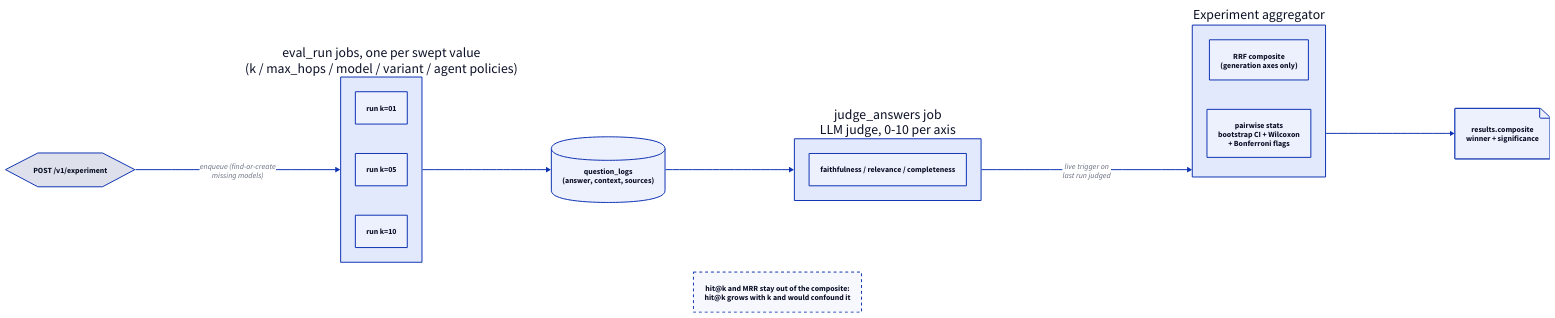
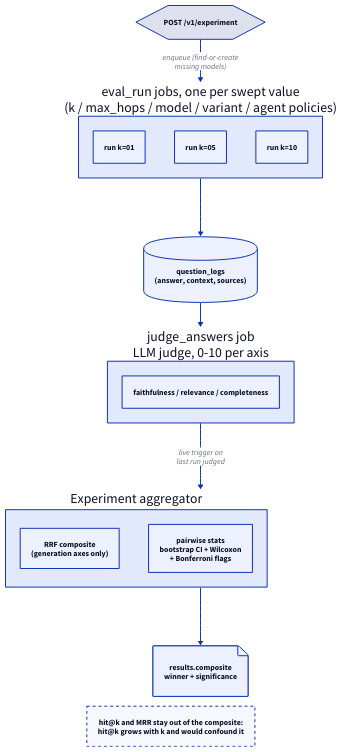
The diagram in docs/diagrams/eval_pipeline.d2 (rikitikitav1/rag-lab), drawn with D2 before and after one commit. The commit also changed 38 other files, not shown here.

```diff
--- a/docs/diagrams/eval_pipeline.d2
+++ b/docs/diagrams/eval_pipeline.d2
@@ -1,39 +1,41 @@
-direction: right
+direction: down
 
 exp: POST /v1/experiment {
   shape: hexagon
 }
 
 runs: "eval_run jobs, one per swept value\n(k / max_hops / model / variant / agent policies)" {
+  direction: right
   r1: run k=01
   r2: run k=05
   r3: run k=10
 }
 
 logs: question_logs\n(answer, context, sources) {
   shape: cylinder
 }
 
 judge: judge_answers job\nLLM judge, 0-10 per axis {
   axes: faithfulness / relevance / completeness
 }
 
 agg: Experiment aggregator {
+  direction: right
   composite: RRF composite\n(generation axes only)
   pairwise: pairwise stats\nbootstrap CI + Wilcoxon\n+ Bonferroni flags
 }
 
 results: results.composite\nwinner + significance {
   shape: page
 }
 
 exp -> runs: enqueue (find-or-create\nmissing models)
 runs -> logs
 logs -> judge
 judge -> agg: live trigger on\nlast run judged
 agg -> results
 
 note: "hit@k and MRR stay out of the composite:\nhit@k grows with k and would confound it" {
   near: bottom-center
   style.stroke-dash: 3
 }
```
